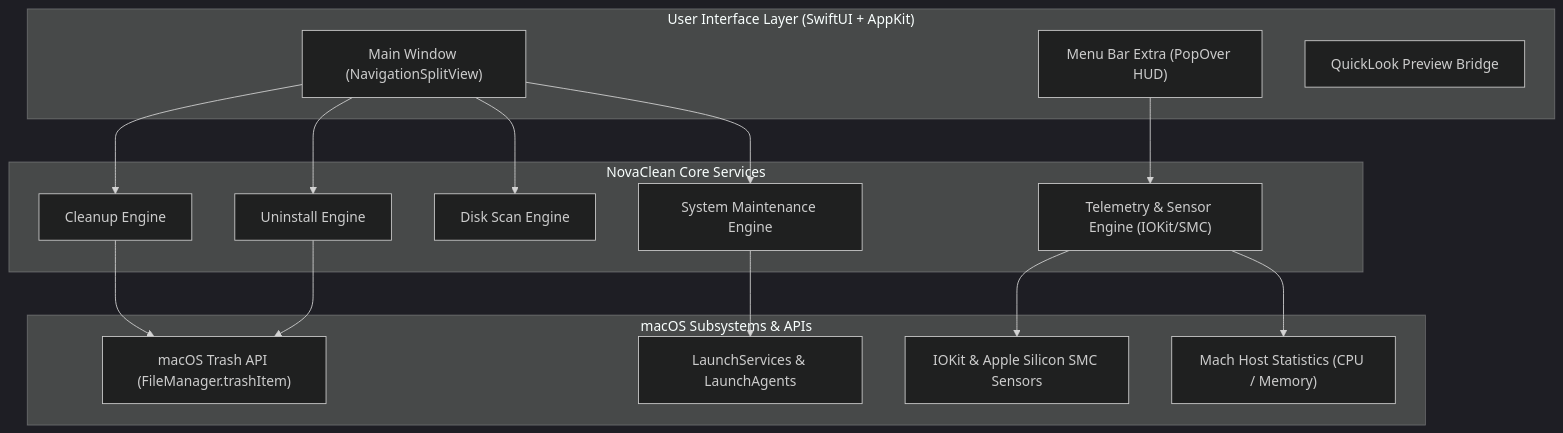
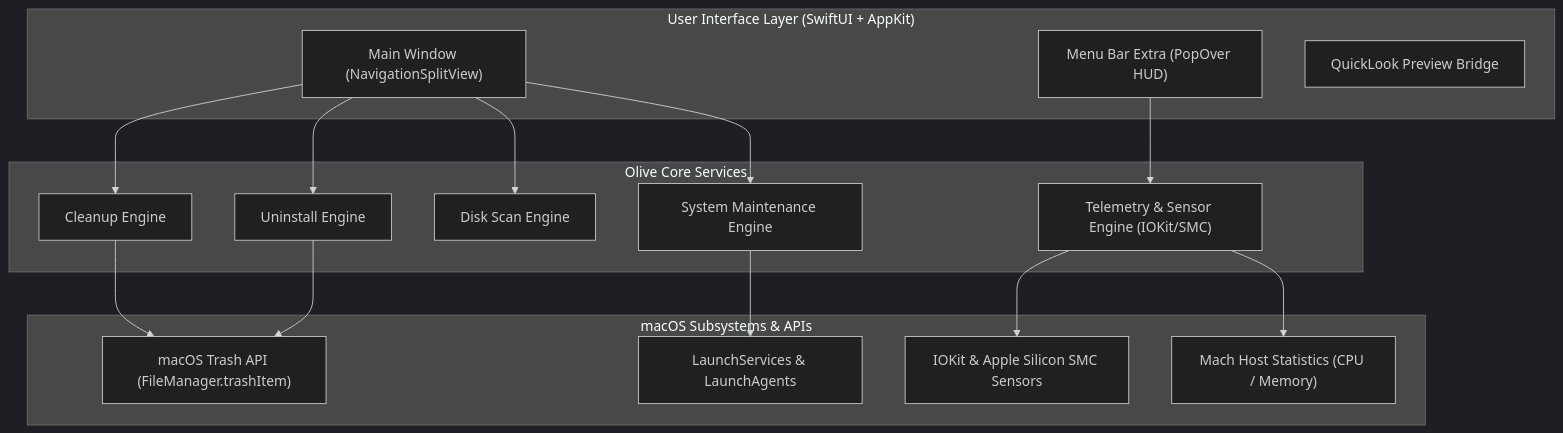
Before and after one commit to Voltster/Olive: the diagram in PRD.md, drawn with Mermaid (dark theme). The commit also changed other lines of this file and 9 other files, not shown here.

Commit message:
Rebrand project to Olive: update PRD, Design system, Roadmap and dev configurations

````diff
--- a/PRD.md
+++ b/PRD.md
@@ -91,35 +91,35 @@
 ```mermaid
 graph TD
     subgraph UI ["User Interface Layer (SwiftUI + AppKit)"]
         MainWindow["Main Window (NavigationSplitView)"]
         MenuBarHUD["Menu Bar Extra (PopOver HUD)"]
         QuickLook["QuickLook Preview Bridge"]
     end
 
-    subgraph Core ["NovaClean Core Services"]
+    subgraph Core ["Olive Core Services"]
         CleanEngine["Cleanup Engine"]
         UninstallEngine["Uninstall Engine"]
         DiskScanEngine["Disk Scan Engine"]
         TelemetryEngine["Telemetry & Sensor Engine (IOKit/SMC)"]
         MaintenanceEngine["System Maintenance Engine"]
     end
 
     subgraph System ["macOS Subsystems & APIs"]
         TrashAPI["macOS Trash API (FileManager.trashItem)"]
         IOKitSMC["IOKit & Apple Silicon SMC Sensors"]
         MachHost["Mach Host Statistics (CPU / Memory)"]
         Launchd["LaunchServices & LaunchAgents"]
     end
 
     MainWindow --> CleanEngine
     MainWindow --> UninstallEngine
     MainWindow --> DiskScanEngine
     MainWindow --> MaintenanceEngine
     MenuBarHUD --> TelemetryEngine
 
     CleanEngine --> TrashAPI
     UninstallEngine --> TrashAPI
     TelemetryEngine --> IOKitSMC
     TelemetryEngine --> MachHost
     MaintenanceEngine --> Launchd
 ```
````
